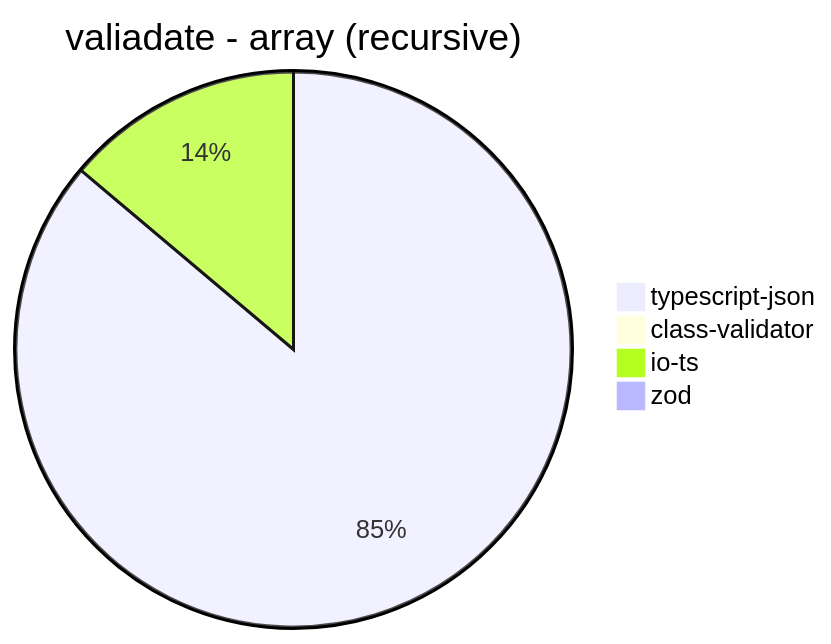
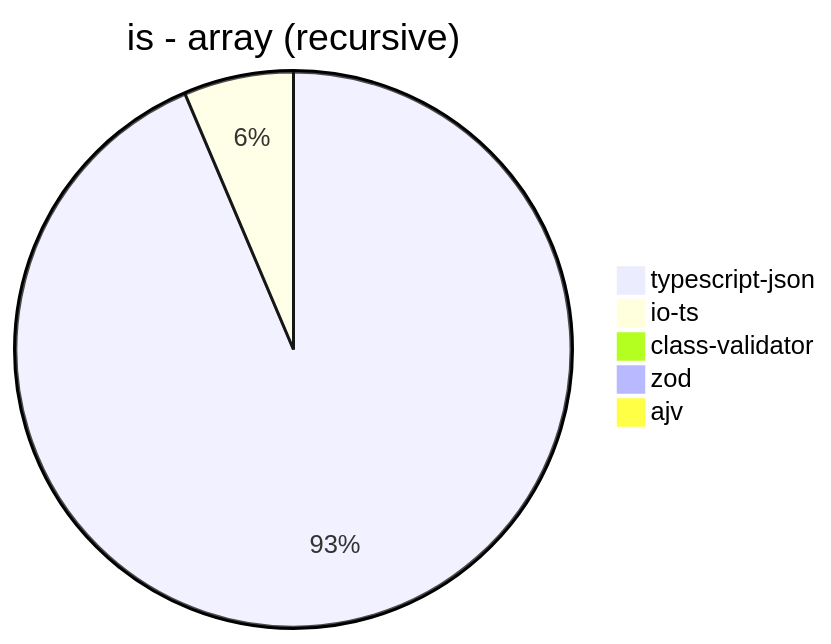
Before and after one commit to samchon/typia: the fifth of 32 diagrams in benchmark/results/AMD Ryzen 7 5800H with Radeon Graphics.md, drawn with Mermaid. The commit also changed other lines of this file and 14 other files, not shown here.

Commit message:
Close #243 and Fix #244 - enhance json schema

````diff
--- a/benchmark/results/AMD Ryzen 7 5800H with Radeon Graphics.md
+++ b/benchmark/results/AMD Ryzen 7 5800H with Radeon Graphics.md
@@ -57,7 +61,8 @@
 ```mermaid
-pie title valiadate - array (recursive)
-  "typescript-json": 729.6484301560444
-  "class-validator": 4.245892560457818
-  "io-ts": 117.29659281325637
-  "zod": 7.1612192434814546
+pie title is - array (recursive)
+  "typescript-json": 7164.373509447808
+  "io-ts": 488.72180451127815
+  "class-validator": 5.303584491587418
+  "zod": 8.775205377147126
+  "ajv": 0
 ```
````
